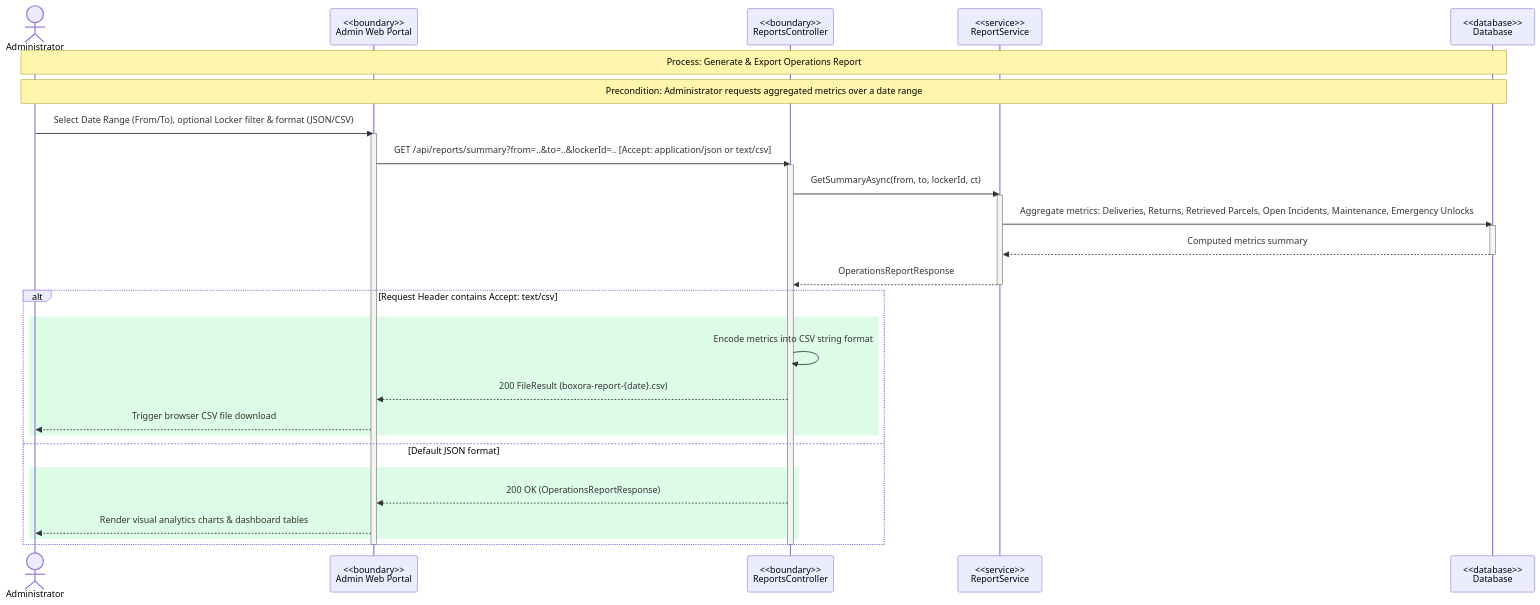
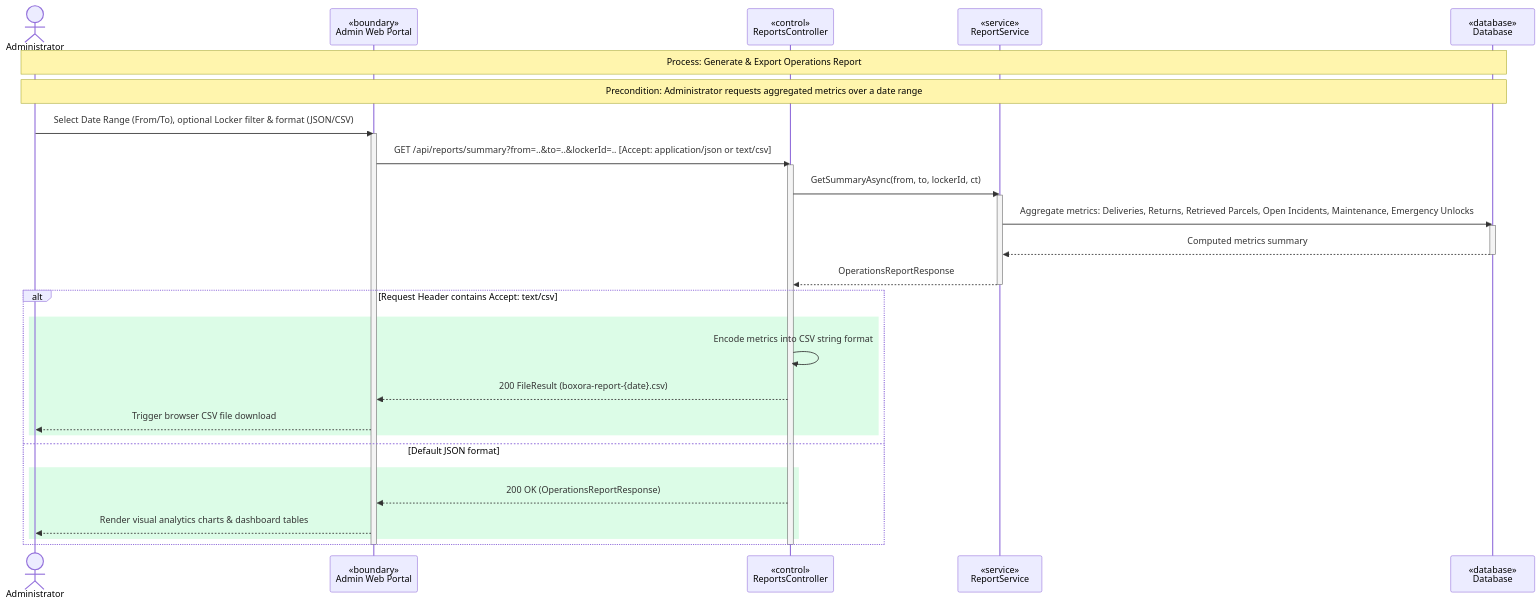
One commit to se-05-sdlms/smart-locking-diagram changed the diagram in RP4/3.8 Administration, Assignment & System Audit/3.8.5 Generate & Export System Reports Sequence Diagram.md. Above: the diagram before and after it, drawn with Mermaid. The commit also changed 36 other files, not shown here.

Commit message:
Update diagram

````diff
--- a/RP4/3.8 Administration, Assignment & System Audit/3.8.5 Generate & Export System Reports Sequence Diagram.md
+++ b/RP4/3.8 Administration, Assignment & System Audit/3.8.5 Generate & Export System Reports Sequence Diagram.md
@@ -3,62 +3,62 @@
 ```mermaid
 %%{init: {
   "theme": "base",
   "themeVariables": {
     "actorBkg", "#FFFFFF",
     "actorBorder": "#334155",
     "actorTextColor": "#0F172A",
     "actorLineColor": "#94A3B8",
     "signalColor": "#334155",
     "signalTextColor": "#0F172A",
     "activationBkgColor": "#DBEAFE",
     "activationBorderColor": "#2563EB",
     "noteBkgColor": "#FEF3C7",
     "noteBorderColor": "#D97706",
     "noteTextColor": "#111827"
   }
 }}%%
 
 sequenceDiagram
 
 actor ADMIN as Administrator
-participant WEB as <<boundary>><br/>Admin Web Portal
-participant CTRL as <<boundary>><br/>ReportsController
-participant SVC as <<service>><br/>ReportService
-participant DB as <<database>><br/>Database
+participant WEB as «boundary»<br/>Admin Web Portal
+participant CTRL as «control»<br/>ReportsController
+participant SVC as «service»<br/>ReportService
+participant DB as «database»<br/>Database
 
 Note over ADMIN,DB: Process: Generate & Export Operations Report
 Note over ADMIN,DB: Precondition: Administrator requests aggregated metrics over a date range
 
 ADMIN->>WEB: Select Date Range (From/To), optional Locker filter & format (JSON/CSV)
 activate WEB
 
 WEB->>CTRL: GET /api/reports/summary?from=..&to=..&lockerId=.. [Accept: application/json or text/csv]
 activate CTRL
 
 CTRL->>SVC: GetSummaryAsync(from, to, lockerId, ct)
 activate SVC
 
 SVC->>DB: Aggregate metrics: Deliveries, Returns, Retrieved Parcels, Open Incidents, Maintenance, Emergency Unlocks
 activate DB
 DB-->>SVC: Computed metrics summary
 deactivate DB
 
 SVC-->>CTRL: OperationsReportResponse
 deactivate SVC
 
 alt Request Header contains Accept: text/csv
   rect rgb(220,252,231)
     CTRL->>CTRL: Encode metrics into CSV string format
     CTRL-->>WEB: 200 FileResult (boxora-report-{date}.csv)
     WEB-->>ADMIN: Trigger browser CSV file download
   end
 else Default JSON format
   rect rgb(220,252,231)
     CTRL-->>WEB: 200 OK (OperationsReportResponse)
     WEB-->>ADMIN: Render visual analytics charts & dashboard tables
   end
 end
 
 deactivate CTRL
 deactivate WEB
 ```
````
